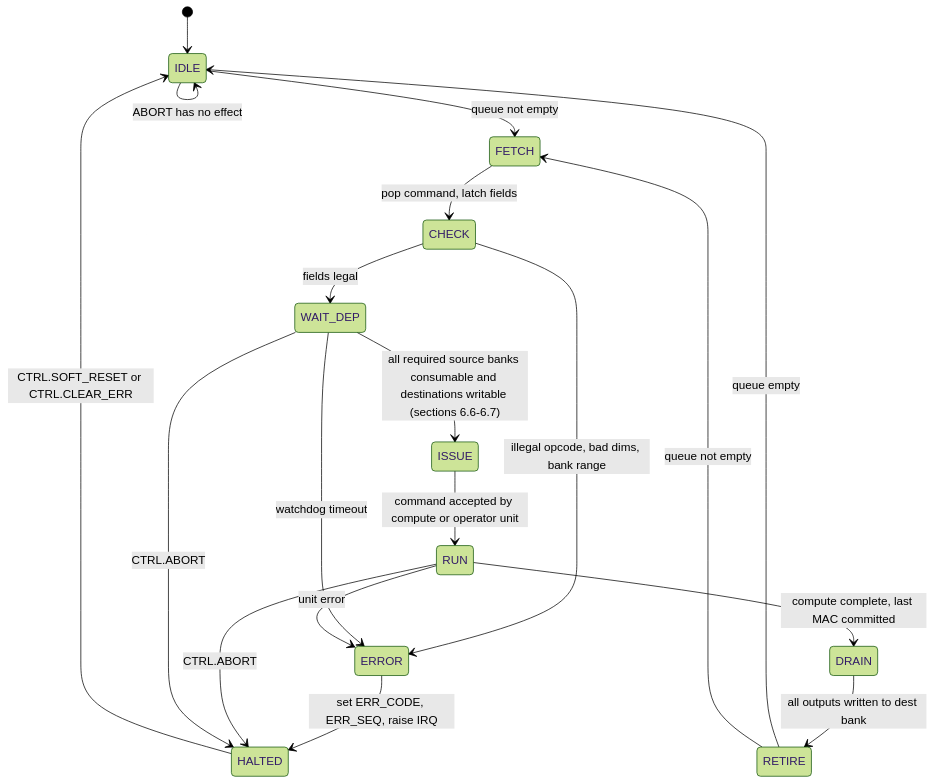
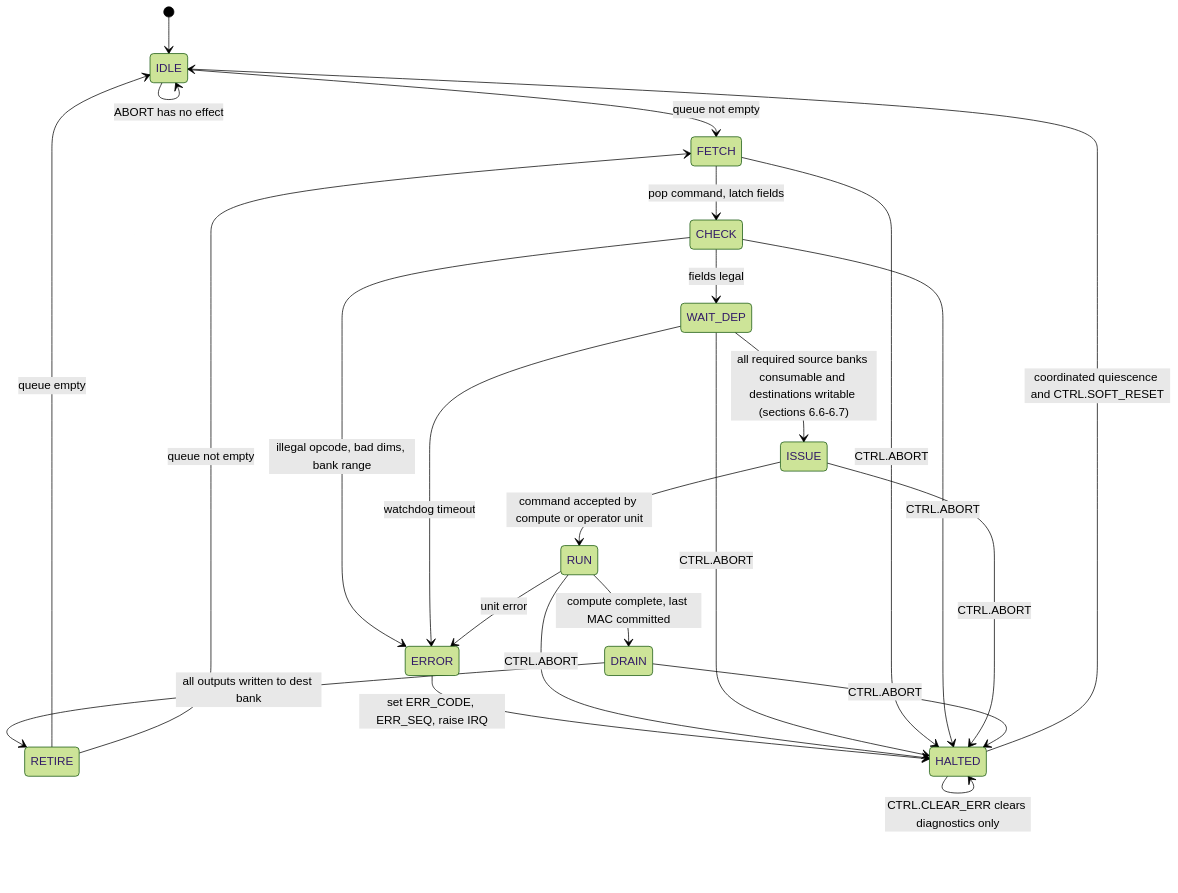
Before and after one commit to michaelgirg/raven: the third of 8 diagrams in docs/RISCV_Research.md, drawn with Mermaid (forest theme). The commit also changed other lines of this file, not shown here.

````diff
--- a/docs/RISCV_Research.md
+++ b/docs/RISCV_Research.md
@@ -394,21 +403,26 @@
 ```mermaid
 stateDiagram-v2
     [*] --> IDLE
     IDLE --> FETCH: queue not empty
     FETCH --> CHECK: pop command, latch fields
     CHECK --> ERROR: illegal opcode, bad dims, bank range
     CHECK --> WAIT_DEP: fields legal
     WAIT_DEP --> ISSUE: all required source banks consumable and destinations writable (sections 6.6-6.7)
     WAIT_DEP --> ERROR: watchdog timeout
     ISSUE --> RUN: command accepted by compute or operator unit
     RUN --> DRAIN: compute complete, last MAC committed
     DRAIN --> RETIRE: all outputs written to dest bank
     RUN --> ERROR: unit error
     RETIRE --> IDLE: queue empty
     RETIRE --> FETCH: queue not empty
     ERROR --> HALTED: set ERR_CODE, ERR_SEQ, raise IRQ
-    HALTED --> IDLE: CTRL.SOFT_RESET or CTRL.CLEAR_ERR
+    HALTED --> IDLE: coordinated quiescence and CTRL.SOFT_RESET
+    HALTED --> HALTED: CTRL.CLEAR_ERR clears diagnostics only
     IDLE --> IDLE: ABORT has no effect
     RUN --> HALTED: CTRL.ABORT
     WAIT_DEP --> HALTED: CTRL.ABORT
+    FETCH --> HALTED: CTRL.ABORT
+    CHECK --> HALTED: CTRL.ABORT
+    ISSUE --> HALTED: CTRL.ABORT
+    DRAIN --> HALTED: CTRL.ABORT
 ```
````
